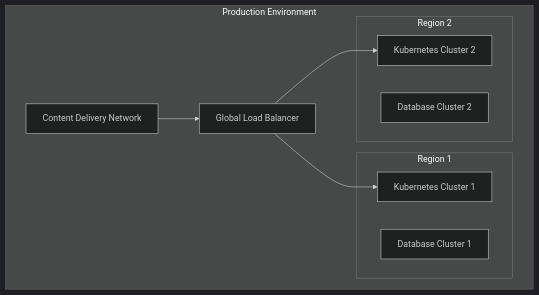
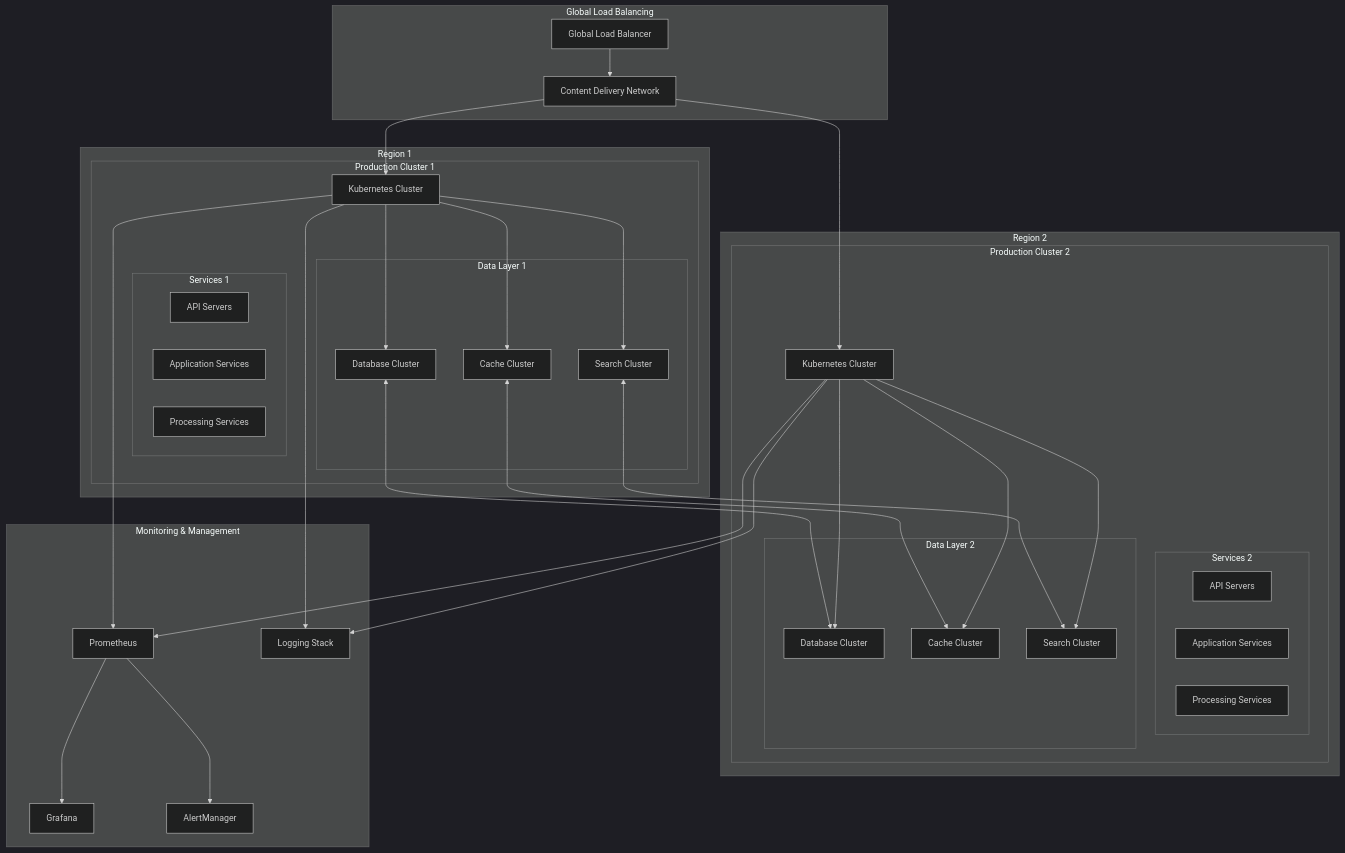
Before and after one commit to nagaaravind11/MetaPlatform: the seventh of 26 diagrams in Design.md, drawn with Mermaid (dark theme). The commit also changed other lines of this file, not shown here.

````diff
--- a/Design.md
+++ b/Design.md
@@ -329,21 +853,70 @@
 ```mermaid
 graph TB
-    subgraph "Production Environment"
-        subgraph "Region 1"
-            K8S1[Kubernetes Cluster 1]
-            DB1[Database Cluster 1]
+    subgraph "Global Load Balancing"
+        GLB["Global Load Balancer"]
+        CDN["Content Delivery Network"]
+    end
+
+    subgraph "Region 1"
+        subgraph "Production Cluster 1"
+            K8S1["Kubernetes Cluster"]
+            subgraph "Services 1"
+                API1["API Servers"]
+                APP1["Application Services"]
+                PROC1["Processing Services"]
+            end
+            subgraph "Data Layer 1"
+                DB1["Database Cluster"]
+                CACHE1["Cache Cluster"]
+                SEARCH1["Search Cluster"]
+            end
         end
-        
-        subgraph "Region 2"
-            K8S2[Kubernetes Cluster 2]
-            DB2[Database Cluster 2]
+    end
+
+    subgraph "Region 2"
+        subgraph "Production Cluster 2"
+            K8S2["Kubernetes Cluster"]
+            subgraph "Services 2"
+                API2["API Servers"]
+                APP2["Application Services"]
+                PROC2["Processing Services"]
+            end
+            subgraph "Data Layer 2"
+                DB2["Database Cluster"]
+                CACHE2["Cache Cluster"]
+                SEARCH2["Search Cluster"]
+            end
         end
-        
-        LB[Global Load Balancer]
-        CDN[Content Delivery Network]
     end
+
+    subgraph "Monitoring & Management"
+        PROM["Prometheus"]
+        GRAF["Grafana"]
+        ALERT["AlertManager"]
+        LOG["Logging Stack"]
+    end
+
+    GLB --> CDN
+    CDN --> K8S1
+    CDN --> K8S2
     
-    LB --> K8S1
-    LB --> K8S2
-    CDN --> LB
+    K8S1 --> DB1
+    K8S1 --> CACHE1
+    K8S1 --> SEARCH1
+    
+    K8S2 --> DB2
+    K8S2 --> CACHE2
+    K8S2 --> SEARCH2
+    
+    DB1 <--> DB2
+    CACHE1 <--> CACHE2
+    SEARCH1 <--> SEARCH2
+    
+    K8S1 --> PROM
+    K8S2 --> PROM
+    PROM --> GRAF
+    PROM --> ALERT
+    
+    K8S1 --> LOG
+    K8S2 --> LOG
 ```
````
